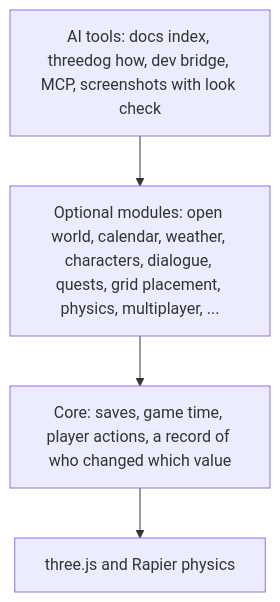
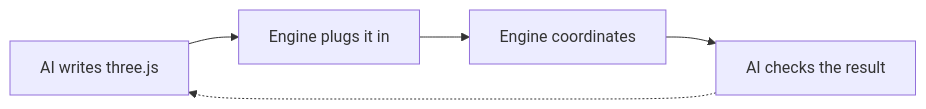
Before and after one commit to penstic123-code/ThreeDog.js-Game-Engine: the first of 5 diagrams in README.md, drawn with Mermaid. The commit also changed other lines of this file and 2 other files, not shown here.

Commit message:
README: diagrams for the design ideas, architecture, modules, shared values and the look pipeline; install from npm first (0.5.0 is published)

````diff
--- a/README.md
+++ b/README.md
@@ -54,8 +31,5 @@
 ```mermaid
-flowchart TB
-  A["AI tools: docs index, threedog how, dev bridge, MCP, screenshots with look check"]
-  B["Optional modules: open world, calendar, weather, characters, dialogue, quests, grid placement, physics, multiplayer, ..."]
-  C["Core: saves, game time, player actions, a record of who changed which value"]
-  D["three.js and Rapier physics"]
-  A --> B --> C --> D
+flowchart LR
+  A["AI writes three.js"] --> B["Engine plugs it in"] --> C["Engine coordinates"] --> D["AI checks the result"]
+  D -.-> A
 ```
````
